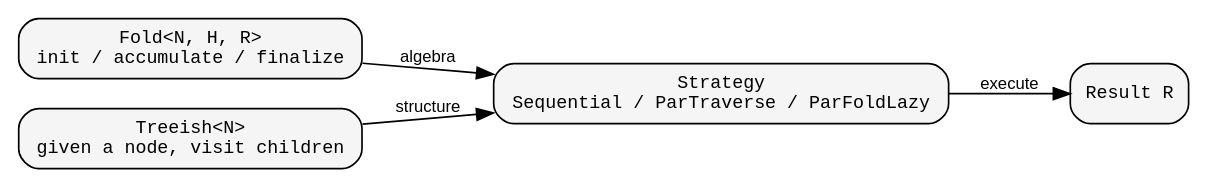
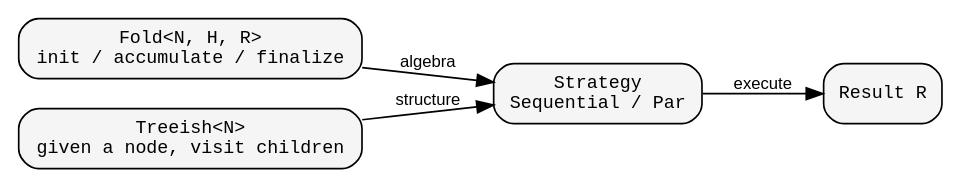
The first of 3 diagrams in book/src/design/core_composition.md (hylic-recursion/hylic-docs), drawn with Graphviz before and after one commit. The commit also changed 4 other files, not shown here.

````diff
--- a/book/src/design/core_composition.md
+++ b/book/src/design/core_composition.md
@@ -11,16 +11,16 @@
 ```dot process
 digraph {
     rankdir=LR;
     node [shape=box, style="rounded,filled", fillcolor="#f5f5f5", fontname="monospace", fontsize=11];
     edge [fontname="sans-serif", fontsize=10];
 
     Fold    [label="Fold<N, H, R>\ninit / accumulate / finalize"];
     Treeish [label="Treeish<N>\ngiven a node, visit children"];
-    Strategy [label="Strategy\nSequential / ParTraverse / ParFoldLazy"];
+    Strategy [label="Strategy\nSequential / Par"];
     Result  [label="Result R"];
 
     Fold -> Strategy [label="algebra"];
     Treeish -> Strategy [label="structure"];
     Strategy -> Result [label="execute"];
 }
 ```
````
